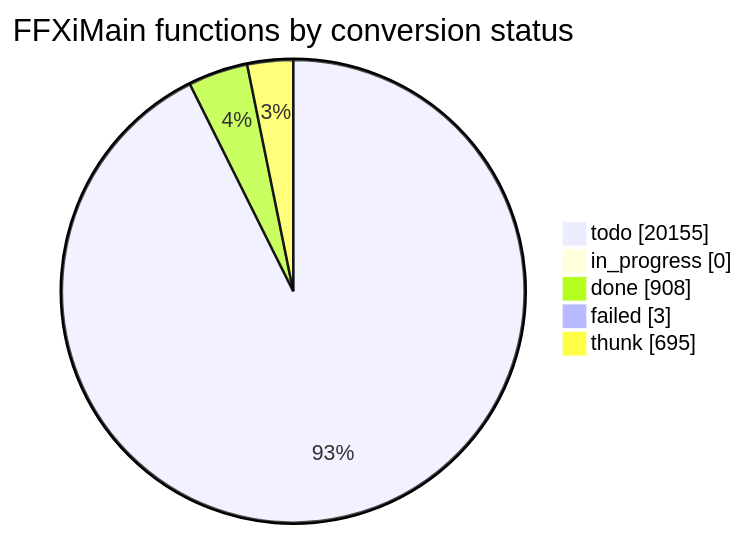
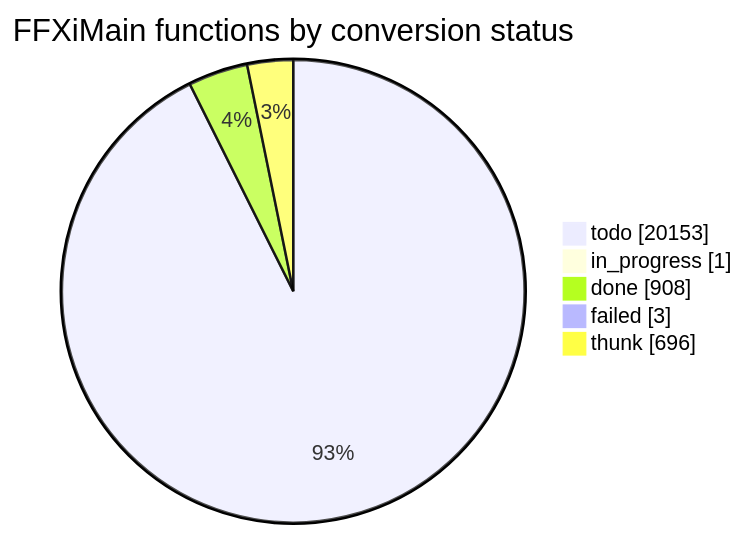
The diagram in docs/cow/STATUS.md (cowrevenge/cow_kuluu_xi_anything), drawn with Mermaid before and after one commit. The commit also changed other lines of this file and 7 other files, not shown here.

````diff
--- a/docs/cow/STATUS.md
+++ b/docs/cow/STATUS.md
@@ -18,9 +18,9 @@
 ```mermaid
 pie showData
     title FFXiMain functions by conversion status
-    "todo" : 20155
-    "in_progress" : 0
+    "todo" : 20153
+    "in_progress" : 1
     "done" : 908
     "failed" : 3
-    "thunk" : 695
+    "thunk" : 696
 ```
````
